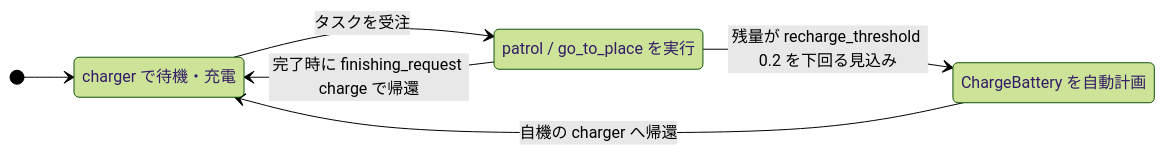
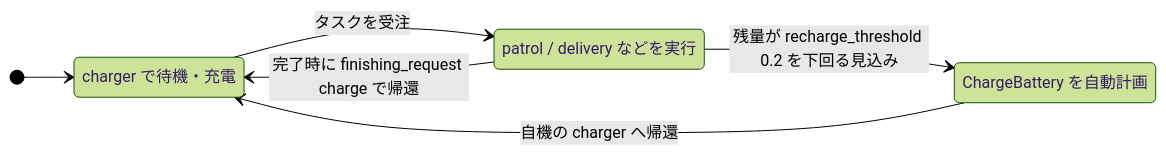
The fourth of 4 diagrams in docs/TASKS.md (atinfinity/toio_rmf_bringup), drawn with Mermaid (forest theme) before and after one commit. The commit also changed other lines of this file and 2 other files, not shown here.

First line of the commit message:
docs: delivery 対応と A4 の新トポロジを TASKS.md に反映

````diff
--- a/docs/TASKS.md
+++ b/docs/TASKS.md
@@ -150,13 +235,13 @@
 ```mermaid
 stateDiagram-v2
     direction LR
     待機: charger で待機・充電
-    実行中: patrol / go_to_place を実行
+    実行中: patrol / delivery などを実行
     充電帰還: ChargeBattery を自動計画
 
     [*] --> 待機
     待機 --> 実行中: タスクを受注
     実行中 --> 待機: 完了時に finishing_request charge で帰還
     実行中 --> 充電帰還: 残量が recharge_threshold 0.2 を下回る見込み
     充電帰還 --> 待機: 自機の charger へ帰還
 ```
````
